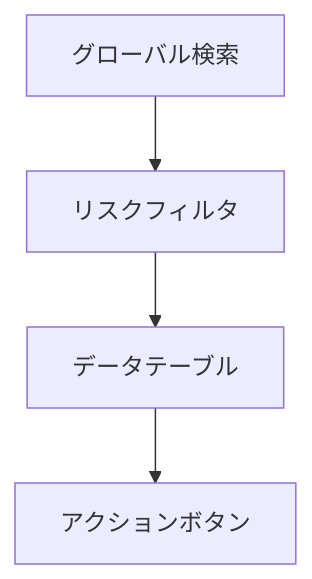
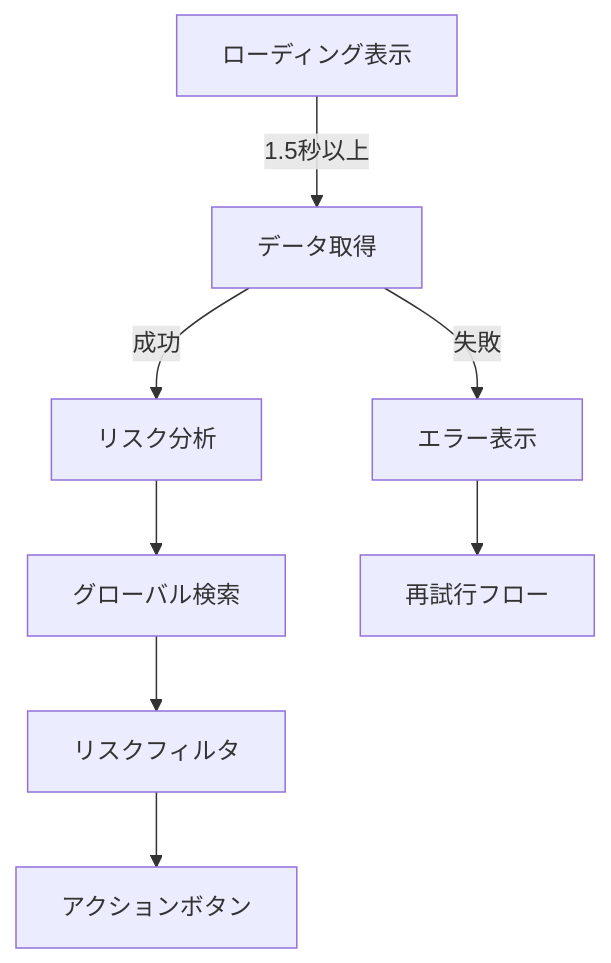
One commit to Kensan196948G/OneDriveforBusinessManagementSystem changed the diagram in Doc/WebUI_仕様書_SharingCheck.md. Above: the diagram before and after it, drawn with Mermaid. The commit also changed other lines of this file and 6 other files, not shown here.

````diff
--- a/Doc/WebUI_仕様書_SharingCheck.md
+++ b/Doc/WebUI_仕様書_SharingCheck.md
@@ -14,6 +16,10 @@
 ```mermaid
 graph TD
-    A[グローバル検索] --> B[リスクフィルタ]
-    B --> C[データテーブル]
-    C --> D[アクションボタン]
+    A[ローディング表示] -->|1.5秒以上| B[データ取得]
+    B -->|成功| C[リスク分析]
+    B -->|失敗| D[エラー表示]
+    C --> E[グローバル検索]
+    D --> F[再試行フロー]
+    E --> G[リスクフィルタ]
+    G --> H[アクションボタン]
 ```
````
